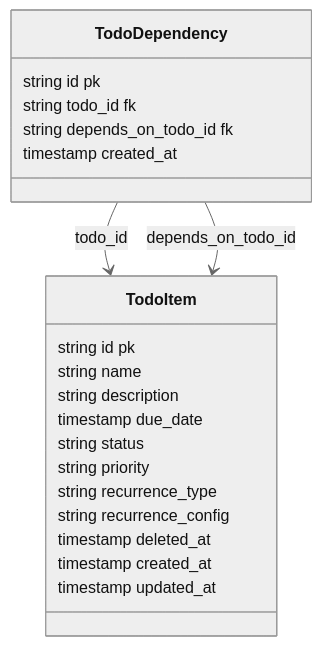
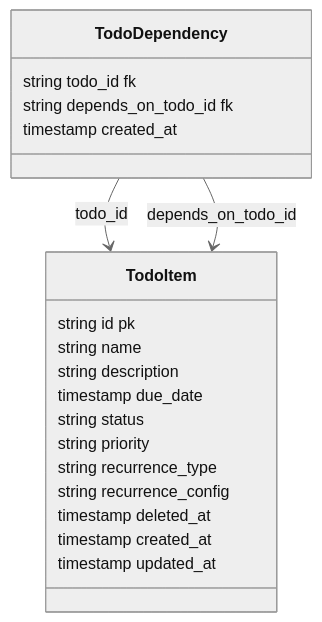
One commit to marco-leee/sleekflow-takehome-project changed the diagram in docs/features/todo-list.md. Above: the diagram before and after it, drawn with Mermaid (neutral theme). The commit also changed other lines of this file and 13 other files, not shown here.

````diff
--- a/docs/features/todo-list.md
+++ b/docs/features/todo-list.md
@@ -81,26 +255,25 @@
 ```mermaid
 classDiagram
     class TodoItem {
         string id pk
         string name
         string description
         timestamp due_date
         string status
         string priority
         string recurrence_type
         string recurrence_config
         timestamp deleted_at
         timestamp created_at
         timestamp updated_at
     }
 
     class TodoDependency {
-        string id pk
         string todo_id fk
         string depends_on_todo_id fk
         timestamp created_at
     }
 
     TodoDependency --> TodoItem : todo_id
     TodoDependency --> TodoItem : depends_on_todo_id
 ```
````
